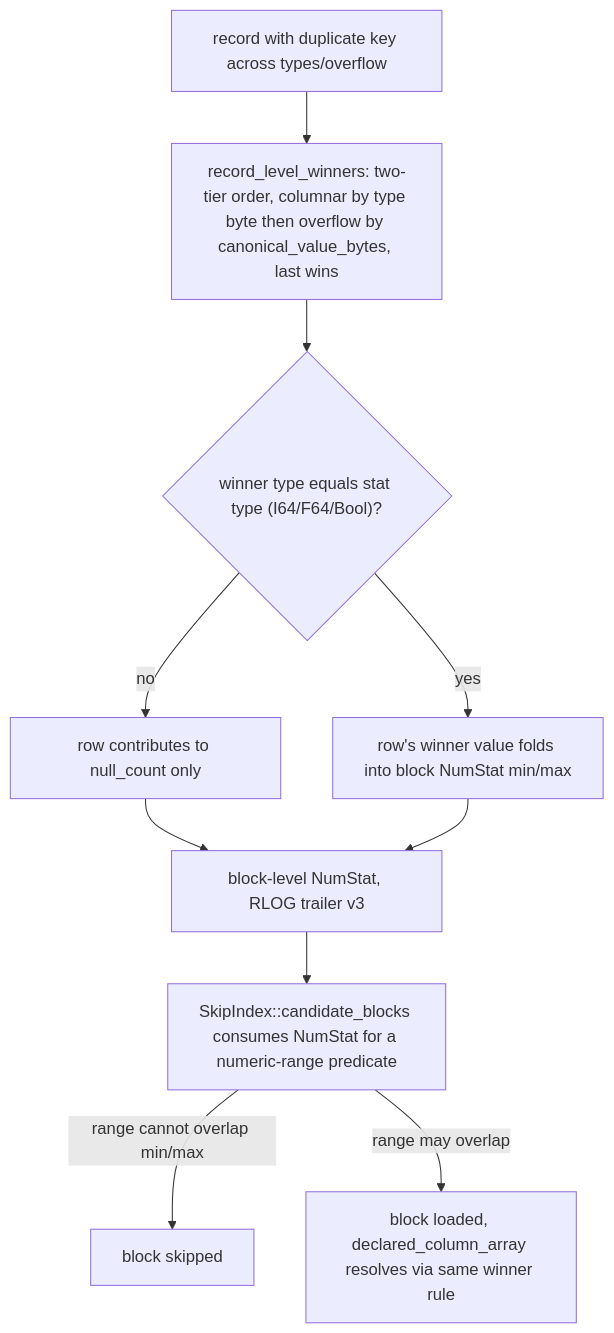
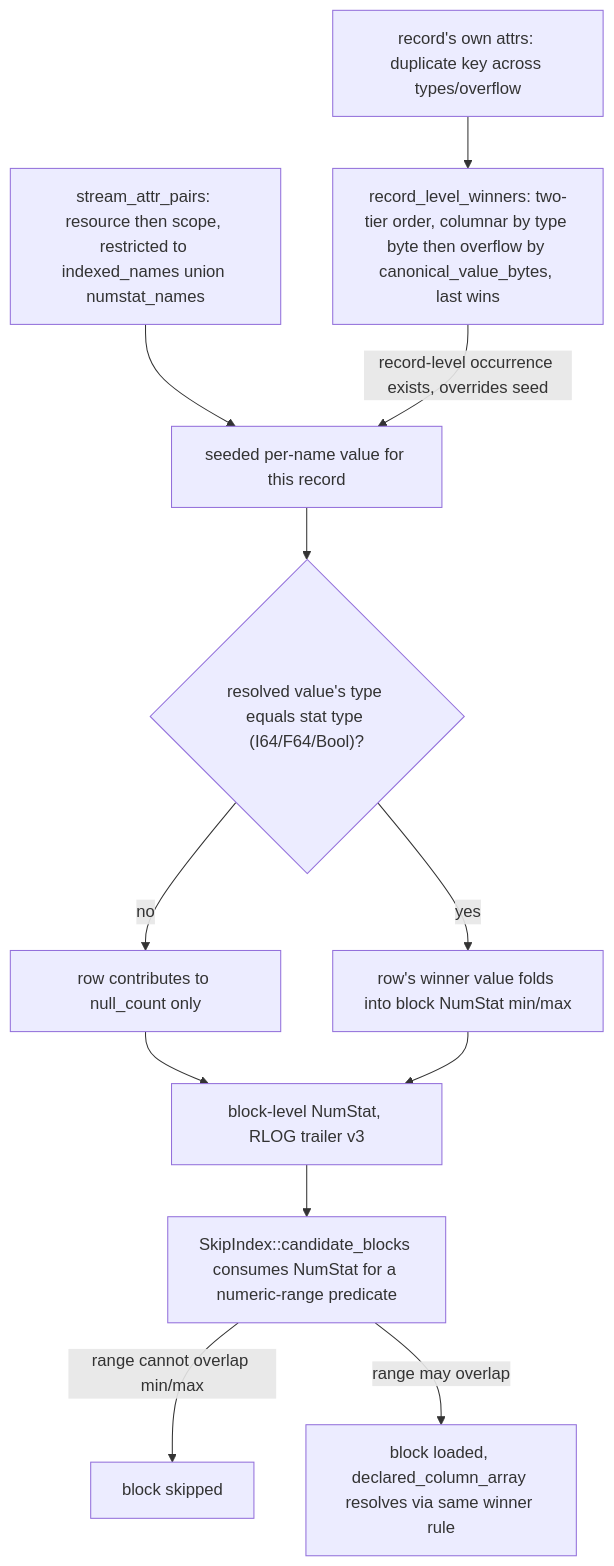
One commit to NOFireAI/ravel changed the diagram in docs/adrs/0095-numstat-crosstype-declared-column-agreement.md. Above: the diagram before and after it, drawn with Mermaid. The commit also changed other lines of this file, not shown here.

First line of the commit message:
docs(adrs): fix ADR-0095 winner definition to include resource/scope layer

````diff
--- a/docs/adrs/0095-numstat-crosstype-declared-column-agreement.md
+++ b/docs/adrs/0095-numstat-crosstype-declared-column-agreement.md
@@ -236,12 +287,14 @@
 ```mermaid
 flowchart TD
-    ROW["record with duplicate key across types/overflow"] --> WIN["record_level_winners: two-tier order, columnar by type byte then overflow by canonical_value_bytes, last wins"]
-    WIN --> TYPECHECK{"winner type equals stat type (I64/F64/Bool)?"}
+    STREAM["stream_attr_pairs: resource then scope, restricted to indexed_names union numstat_names"] --> SEED["seeded per-name value for this record"]
+    ROW["record's own attrs: duplicate key across types/overflow"] --> WIN["record_level_winners: two-tier order, columnar by type byte then overflow by canonical_value_bytes, last wins"]
+    WIN -->|"record-level occurrence exists, overrides seed"| SEED
+    SEED --> TYPECHECK{"resolved value's type equals stat type (I64/F64/Bool)?"}
     TYPECHECK -->|no| NULLCONTRIB["row contributes to null_count only"]
     TYPECHECK -->|yes| STATCONTRIB["row's winner value folds into block NumStat min/max"]
     NULLCONTRIB --> BLOCK["block-level NumStat, RLOG trailer v3"]
     STATCONTRIB --> BLOCK
     BLOCK --> SKIP["SkipIndex::candidate_blocks consumes NumStat for a numeric-range predicate"]
     SKIP -->|range cannot overlap min/max| PRUNE["block skipped"]
     SKIP -->|range may overlap| LOAD["block loaded, declared_column_array resolves via same winner rule"]
 ```
````
